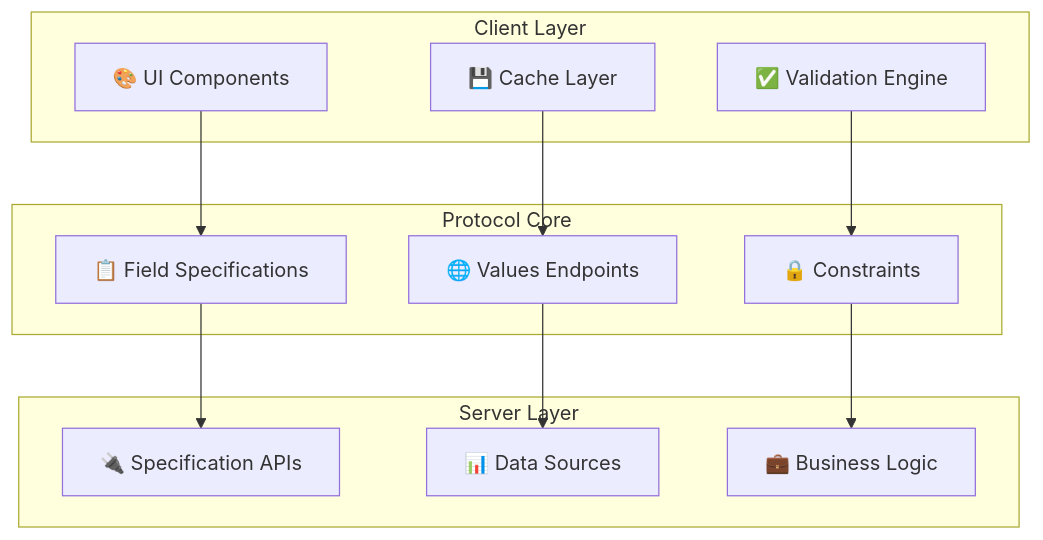
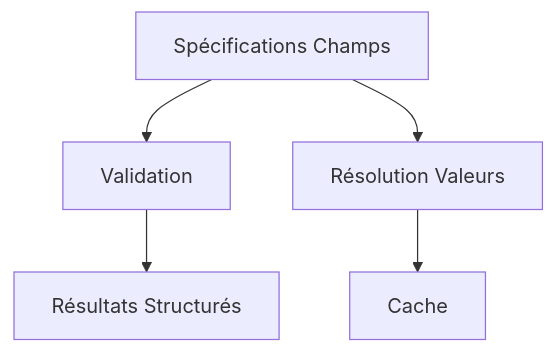
The diagram in README.md (cyfko/input-spec), drawn with Mermaid before and after one commit. The commit also changed other lines of this file and 5 other files, not shown here.

Commit message:
docs(v2): enrich README (comparatif + hello world + validation result), add migration TL;DR, quick navigation spec, implementation notes with tags, update quick start & navigation

````diff
--- a/README.md
+++ b/README.md
@@ -166,27 +175,7 @@
 ```mermaid
 graph TB
-    subgraph "Client Layer"
-        UI[🎨 UI Components]
-        VALID[✅ Validation Engine]
-        CACHE[💾 Cache Layer]
-    end
-    
-    subgraph "Protocol Core"
-        SPEC[📋 Field Specifications]
-        CONST[🔒 Constraints]
-        ENDPOINT[🌐 Values Endpoints]
-    end
-    
-    subgraph "Server Layer"  
-        API[🔌 Specification APIs]
-        VALUES[📊 Data Sources]
-        BUSINESS[💼 Business Logic]
-    end
-    
-    UI --> SPEC
-    VALID --> CONST
-    CACHE --> ENDPOINT
-    SPEC --> API
-    CONST --> BUSINESS
-    ENDPOINT --> VALUES
+  SPEC[Spécifications Champs] --> VALID[Validation]
+  SPEC --> VALUES[Résolution Valeurs]
+  VALUES --> CACHE[Cache]
+  VALID --> ERR[Résultats Structurés]
 ```
````
